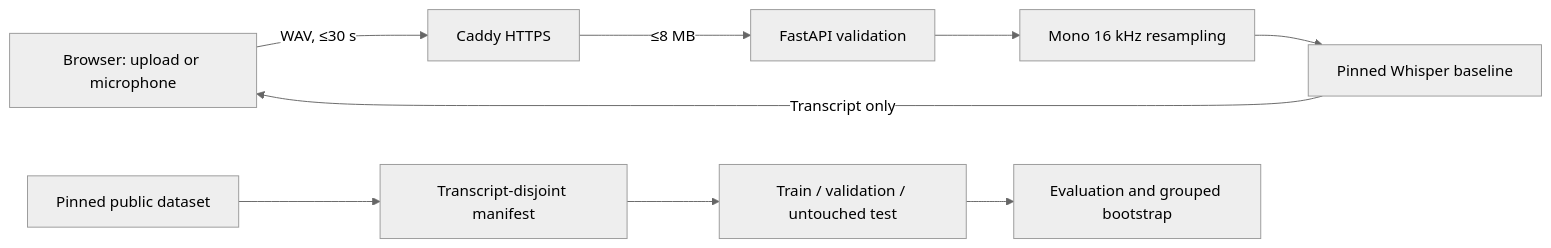
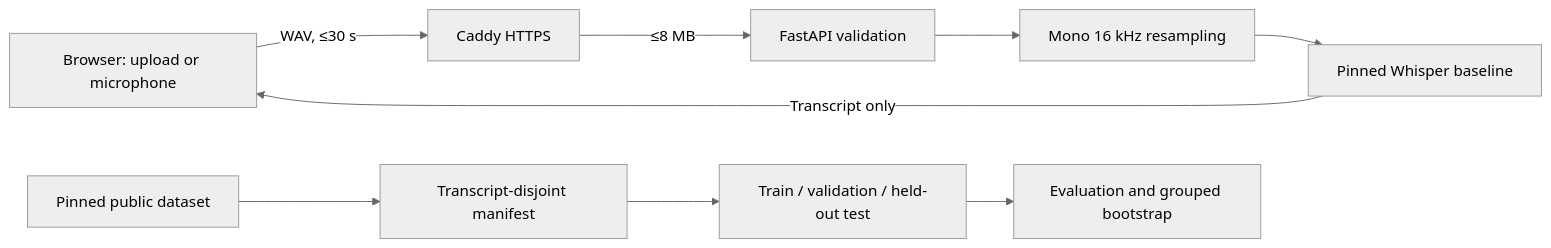
Before and after one commit to Stark2028/medical-speech-lab: the diagram in README.md, drawn with Mermaid (neutral theme). The commit also changed other lines of this file and 6 other files, not shown here.

Commit message:
Publish frozen held-out speech benchmark and updated demo

````diff
--- a/README.md
+++ b/README.md
@@ -27,11 +27,11 @@
 ```mermaid
 flowchart LR
     A[Browser: upload or microphone] -->|WAV, ≤30 s| B[Caddy HTTPS]
     B -->|≤8 MB| C[FastAPI validation]
     C --> D[Mono 16 kHz resampling]
     D --> E[Pinned Whisper baseline]
     E -->|Transcript only| A
     F[Pinned public dataset] --> G[Transcript-disjoint manifest]
-    G --> H[Train / validation / untouched test]
+    G --> H[Train / validation / held-out test]
     H --> I[Evaluation and grouped bootstrap]
 ```
````
